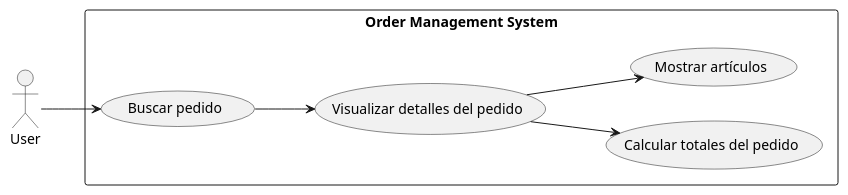
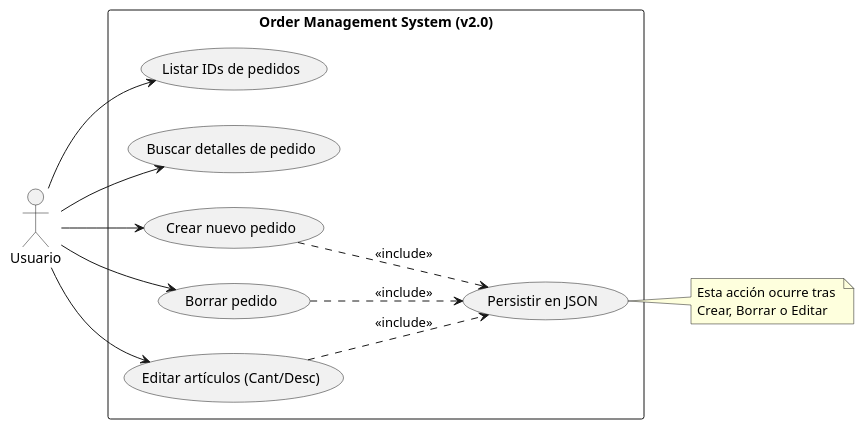
The diagram in src/main/resources/plantuml/use_case.puml (danielpm18/daniel-perezmella), drawn with PlantUML before and after one commit. The commit also changed 4 other files, not shown here.

```diff
--- a/src/main/resources/plantuml/use_case.puml
+++ b/src/main/resources/plantuml/use_case.puml
@@ -1,20 +1,31 @@
 @startuml
 left to right direction
 
-actor User as U
+actor "Usuario" as U
 
-rectangle "Order Management System" {
-
-    usecase "Buscar pedido" as UC1
-    usecase "Visualizar detalles del pedido" as UC2
-    usecase "Calcular totales del pedido" as UC3
-    usecase "Mostrar artículos" as UC4
-
-    UC1 --> UC2
-    UC2 --> UC3
-    UC2 --> UC4
+rectangle "Order Management System (v2.0)" {
+    usecase "Listar IDs de pedidos" as UC_Listar
+    usecase "Buscar detalles de pedido" as UC_Buscar
+    usecase "Crear nuevo pedido" as UC_Crear
+    usecase "Borrar pedido" as UC_Borrar
+    usecase "Editar artículos (Cant/Desc)" as UC_Editar
+    
+    usecase "Persistir en JSON" as UC_Save
 }
 
-U --> UC1
+U --> UC_Listar
+U --> UC_Buscar
+U --> UC_Crear
+U --> UC_Borrar
+U --> UC_Editar
+
+note right of UC_Save
+  Esta acción ocurre tras 
+  Crear, Borrar o Editar
+end note
+
+UC_Crear ..> UC_Save : <<include>>
+UC_Borrar ..> UC_Save : <<include>>
+UC_Editar ..> UC_Save : <<include>>
 
 @enduml
```
